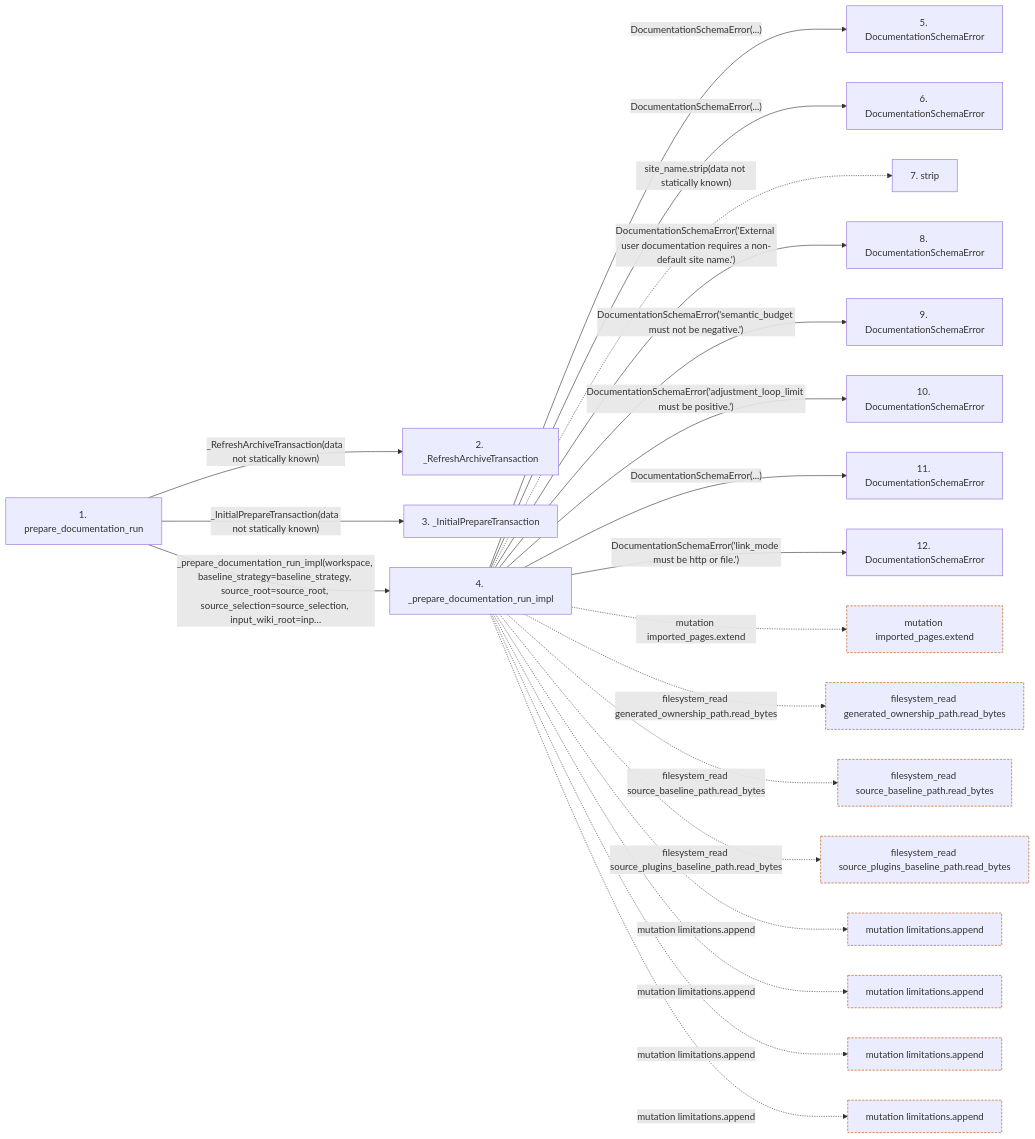
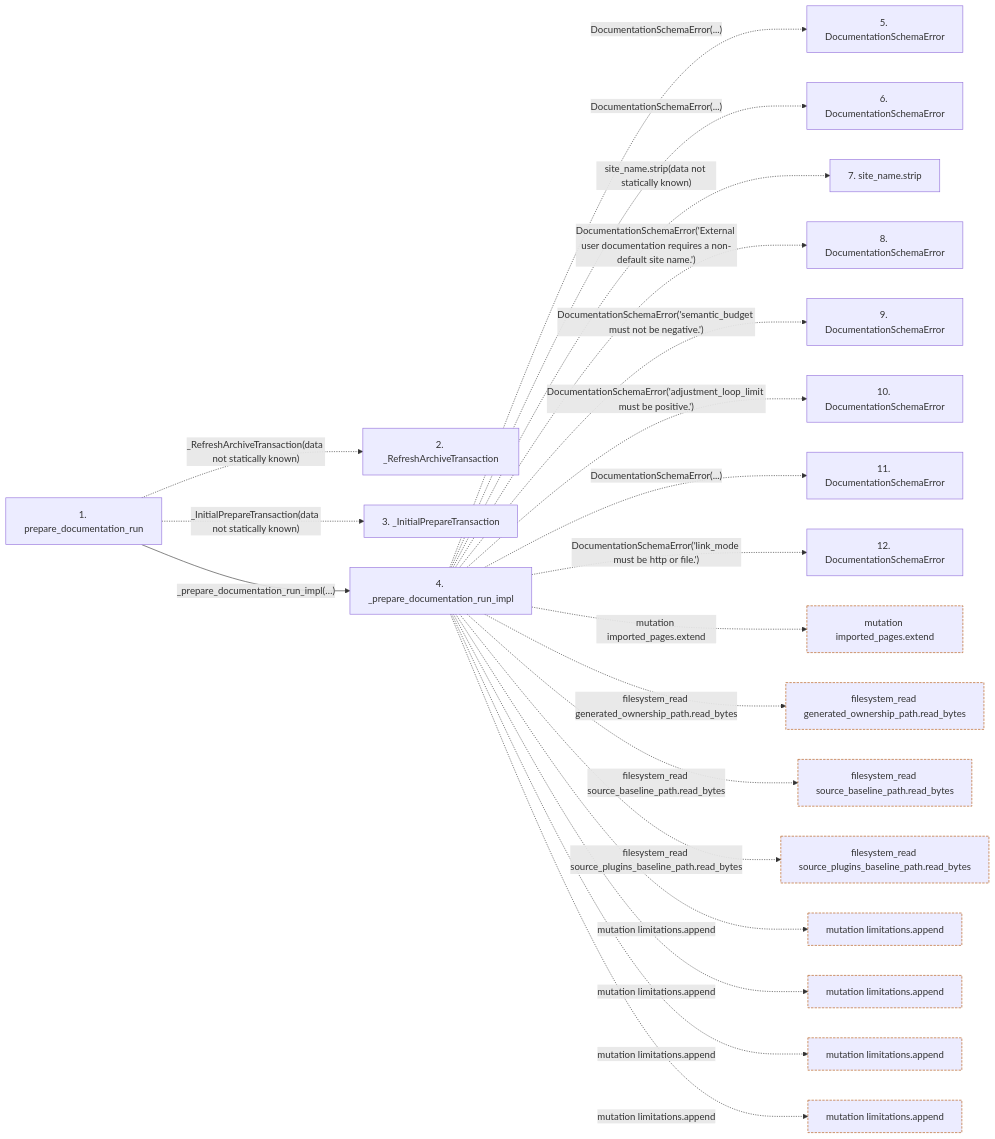
Before and after one commit to Denissvgn/python-wiki-llm: the second of 2 diagrams in docs/llm_wiki/flows/api-prepare_documentation_run.md, drawn with Mermaid. The commit also changed other lines of this file and 719 other files, not shown here.

Commit message:
docs: refresh wiki while retaining archived workflow content

````diff
--- a/docs/llm_wiki/flows/api-prepare_documentation_run.md
+++ b/docs/llm_wiki/flows/api-prepare_documentation_run.md
@@ -122,62 +107,53 @@
 ```mermaid
 flowchart LR
     s1["1. prepare_documentation_run"]
     s2["2. _RefreshArchiveTransaction"]
     s3["3. _InitialPrepareTransaction"]
     s4["4. _prepare_documentation_run_impl"]
     s5["5. DocumentationSchemaError"]
     s6["6. DocumentationSchemaError"]
-    s7["7. strip"]
+    s7["7. site_name.strip"]
     s8["8. DocumentationSchemaError"]
     s9["9. DocumentationSchemaError"]
     s10["10. DocumentationSchemaError"]
     s11["11. DocumentationSchemaError"]
     s12["12. DocumentationSchemaError"]
-    s1 -->|"_RefreshArchiveTransaction(data not statically known)"| s2
-    s1 -->|"_InitialPrepareTransaction(data not statically known)"| s3
-    s1 -->|"_prepare_documentation_run_impl(workspace, baseline_strategy=baseline_strategy, source_root=source_root, source_selection=source_selection, input_wiki_root=inp…"| s4
-    s4 -->|"DocumentationSchemaError(...)"| s5
-    s4 -->|"DocumentationSchemaError(...)"| s6
+    s1 -. "_RefreshArchiveTransaction(data not statically known)" .-> s2
+    s1 -. "_InitialPrepareTransaction(data not statically known)" .-> s3
+    s1 -->|"_prepare_documentation_run_impl(…)"| s4
+    s4 -. "DocumentationSchemaError(...)" .-> s5
+    s4 -. "DocumentationSchemaError(...)" .-> s6
     s4 -. "site_name.strip(data not statically known)" .-> s7
-    s4 -->|"DocumentationSchemaError('External user documentation requires a non-default site name.')"| s8
-    s4 -->|"DocumentationSchemaError('semantic_budget must not be negative.')"| s9
-    s4 -->|"DocumentationSchemaError('adjustment_loop_limit must be positive.')"| s10
-    s4 -->|"DocumentationSchemaError(...)"| s11
-    s4 -->|"DocumentationSchemaError('link_mode must be http or file.')"| s12
+    s4 -. "DocumentationSchemaError('External user documentation requires a non-default site name.')" .-> s8
+    s4 -. "DocumentationSchemaError('semantic_budget must not be negative.')" .-> s9
+    s4 -. "DocumentationSchemaError('adjustment_loop_limit must be positive.')" .-> s10
+    s4 -. "DocumentationSchemaError(...)" .-> s11
+    s4 -. "DocumentationSchemaError('link_mode must be http or file.')" .-> s12
     b0["mutation imported_pages.extend"]
     s4 -. "mutation imported_pages.extend" .-> b0
     b1["filesystem_read generated_ownership_path.read_bytes"]
     s4 -. "filesystem_read generated_ownership_path.read_bytes" .-> b1
     b2["filesystem_read source_baseline_path.read_bytes"]
     s4 -. "filesystem_read source_baseline_path.read_bytes" .-> b2
     b3["filesystem_read source_plugins_baseline_path.read_bytes"]
     s4 -. "filesystem_read source_plugins_baseline_path.read_bytes" .-> b3
     b4["mutation limitations.append"]
     s4 -. "mutation limitations.append" .-> b4
     b5["mutation limitations.append"]
     s4 -. "mutation limitations.append" .-> b5
     b6["mutation limitations.append"]
     s4 -. "mutation limitations.append" .-> b6
     b7["mutation limitations.append"]
     s4 -. "mutation limitations.append" .-> b7
     click s1 "../modules/prepare.md"
-    click s2 "../modules/documentation_run_contracts.md"
-    click s3 "../modules/documentation_run_contracts.md"
     click s4 "../modules/prepare.md"
-    click s5 "../modules/documentation_run_contracts.md"
-    click s6 "../modules/documentation_run_contracts.md"
-    click s8 "../modules/documentation_run_contracts.md"
-    click s9 "../modules/documentation_run_contracts.md"
-    click s10 "../modules/documentation_run_contracts.md"
-    click s11 "../modules/documentation_run_contracts.md"
-    click s12 "../modules/documentation_run_contracts.md"
     classDef boundary stroke:#b45309,stroke-dasharray: 4 2
     class b0 boundary
     class b1 boundary
     class b2 boundary
     class b3 boundary
     class b4 boundary
     class b5 boundary
     class b6 boundary
     class b7 boundary
 ```
````
